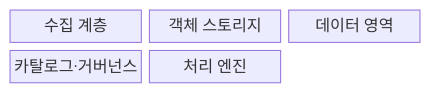
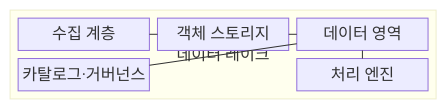
The first of 2 diagrams in src/content/docs/notes/03-software/125_data_lake.md (agnusdei1207/knowledge-base), drawn with Mermaid before and after one commit. The commit also changed other lines of this file and 20 other files, not shown here.

````diff
--- a/src/content/docs/notes/03-software/125_data_lake.md
+++ b/src/content/docs/notes/03-software/125_data_lake.md
@@ -57,9 +60,17 @@
 ```mermaid
-block-beta
-  columns 3
-  I["수집 계층"]
-  O["객체 스토리지"]
-  Z["데이터 영역"]
-  C["카탈로그·거버넌스"]
-  P["처리 엔진"]
+block
+    columns 1
+    block:LAKE["데이터 레이크"]
+        columns 3
+        I["수집 계층"]
+        O["객체 스토리지"]
+        Z["데이터 영역"]
+        C["카탈로그·거버넌스"]
+        space
+        P["처리 엔진"]
+    end
+    I --- O
+    O --- Z
+    Z --- C
+    Z --- P
 ```
````
